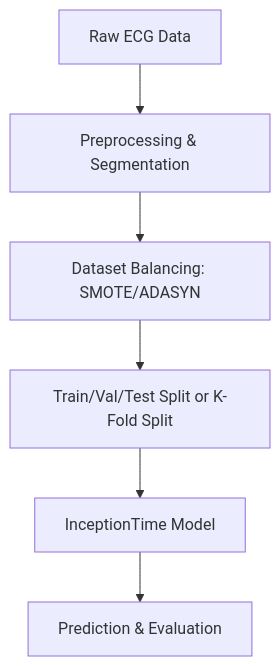
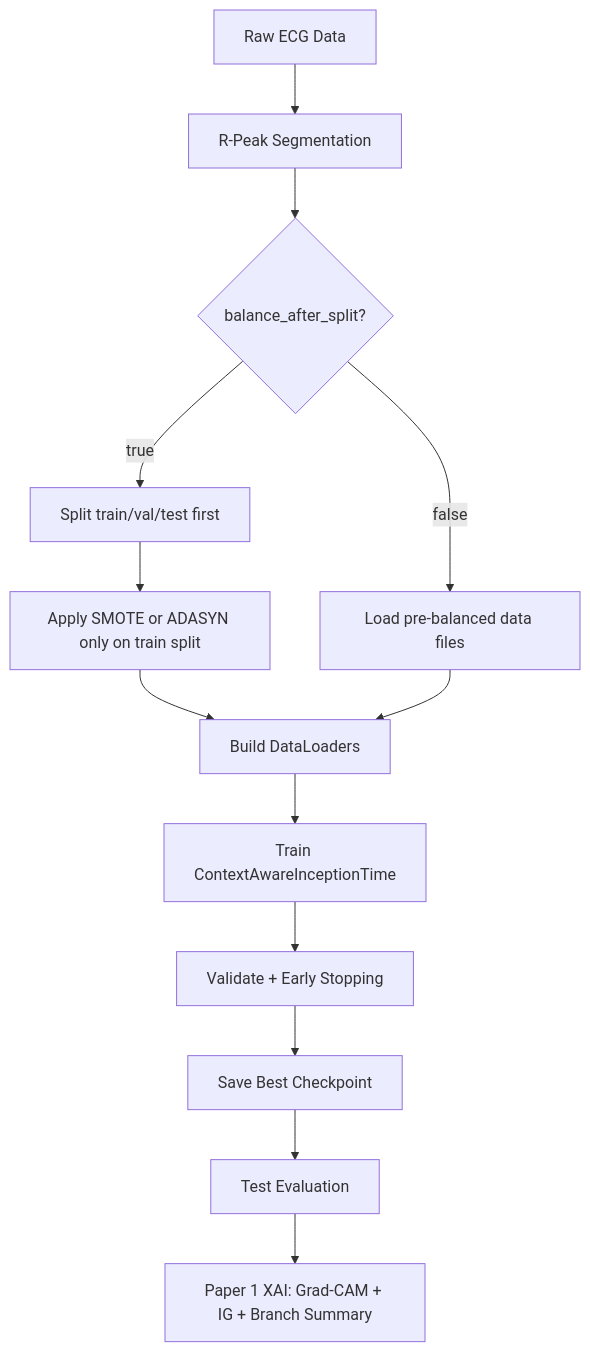
One commit to HardikNegi9/Guide changed the second of 2 diagrams in INCEPTIONTIME_PAPER1_STUDY_GUIDE.md. Above: the diagram before and after it, drawn with Mermaid. The commit also changed other lines of this file and 6 other files, not shown here.

````diff
--- a/INCEPTIONTIME_PAPER1_STUDY_GUIDE.md
+++ b/INCEPTIONTIME_PAPER1_STUDY_GUIDE.md
@@ -146,8 +146,15 @@
 ```mermaid
 flowchart TD
-    A[Raw ECG Data] --> B[Preprocessing & Segmentation]
-    B --> C[Dataset Balancing: SMOTE/ADASYN]
-    C --> D[Train/Val/Test Split or K-Fold Split]
-    D --> E[InceptionTime Model]
-    E --> F[Prediction & Evaluation]
+    A[Raw ECG Data] --> B[R-Peak Segmentation]
+    B --> C{balance_after_split?}
+    C -->|true| D[Split train/val/test first]
+    C -->|false| E[Load pre-balanced data files]
+    D --> F[Apply SMOTE or ADASYN only on train split]
+    F --> G[Build DataLoaders]
+    E --> G
+    G --> H[Train ContextAwareInceptionTime]
+    H --> I[Validate + Early Stopping]
+    I --> J[Save Best Checkpoint]
+    J --> K[Test Evaluation]
+    K --> L[Paper 1 XAI: Grad-CAM + IG + Branch Summary]
 ```
````
